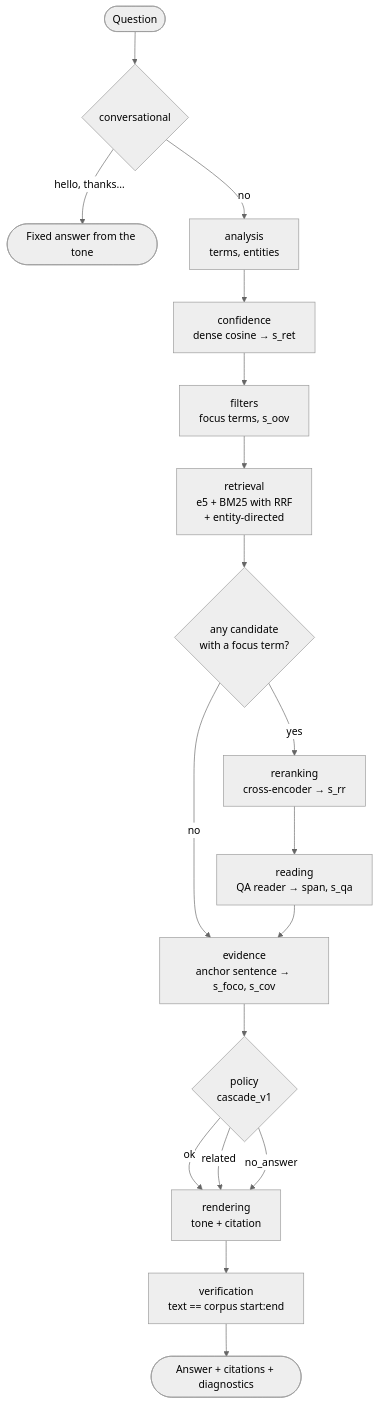
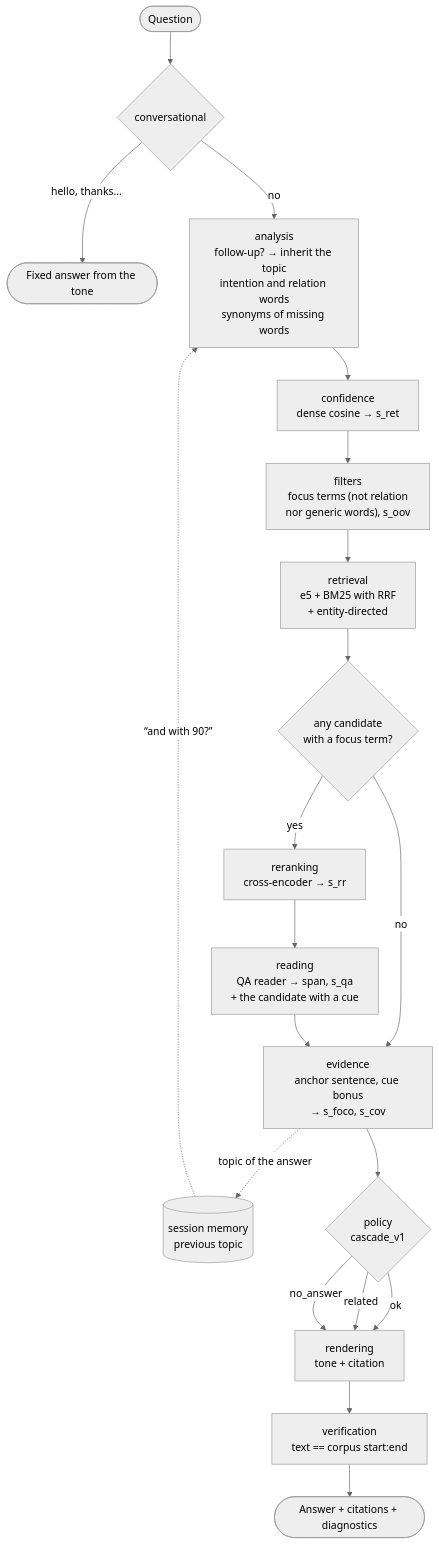
The third of 6 diagrams in docs/architecture.md (ClaudioH19/ipsis), drawn with Mermaid (neutral theme) before and after one commit. The commit also changed other lines of this file and 2 other files, not shown here.

First line of the commit message:
Diagramas al día: comprensión de la pregunta, memoria de sesión y OCR

````diff
--- a/docs/architecture.md
+++ b/docs/architecture.md
@@ -192,20 +195,22 @@
 ```mermaid
 flowchart TD
     P([Question]) --> C{conversational}
     C -- "hello, thanks…" --> RF([Fixed answer from the tone])
-    C -- no --> A[analysis<br/>terms, entities]
+    C -- no --> A["analysis<br/>follow-up? → inherit the topic<br/>intention and relation words<br/>synonyms of missing words"]
+    MEM[("session memory<br/>previous topic")] -.->|"“and with 90?”"| A
     A --> CF[confidence<br/>dense cosine → s_ret]
-    CF --> F[filters<br/>focus terms, s_oov]
+    CF --> F["filters<br/>focus terms (not relation<br/>nor generic words), s_oov"]
     F --> R[retrieval<br/>e5 + BM25 with RRF<br/>+ entity-directed]
     R --> T{any candidate<br/>with a focus term?}
     T -- no --> E
     T -- yes --> RR[reranking<br/>cross-encoder → s_rr]
-    RR --> L[reading<br/>QA reader → span, s_qa]
-    L --> E[evidence<br/>anchor sentence → s_foco, s_cov]
+    RR --> L["reading<br/>QA reader → span, s_qa<br/>+ the candidate with a cue"]
+    L --> E["evidence<br/>anchor sentence, cue bonus<br/>→ s_foco, s_cov"]
+    E -.->|"topic of the answer"| MEM
     E --> PO{policy<br/>cascade_v1}
     PO -- ok --> RD[rendering<br/>tone + citation]
     PO -- related --> RD
     PO -- no_answer --> RD
     RD --> V[verification<br/>text == corpus start:end]
     V --> S([Answer + citations + diagnostics])
 ```
````
